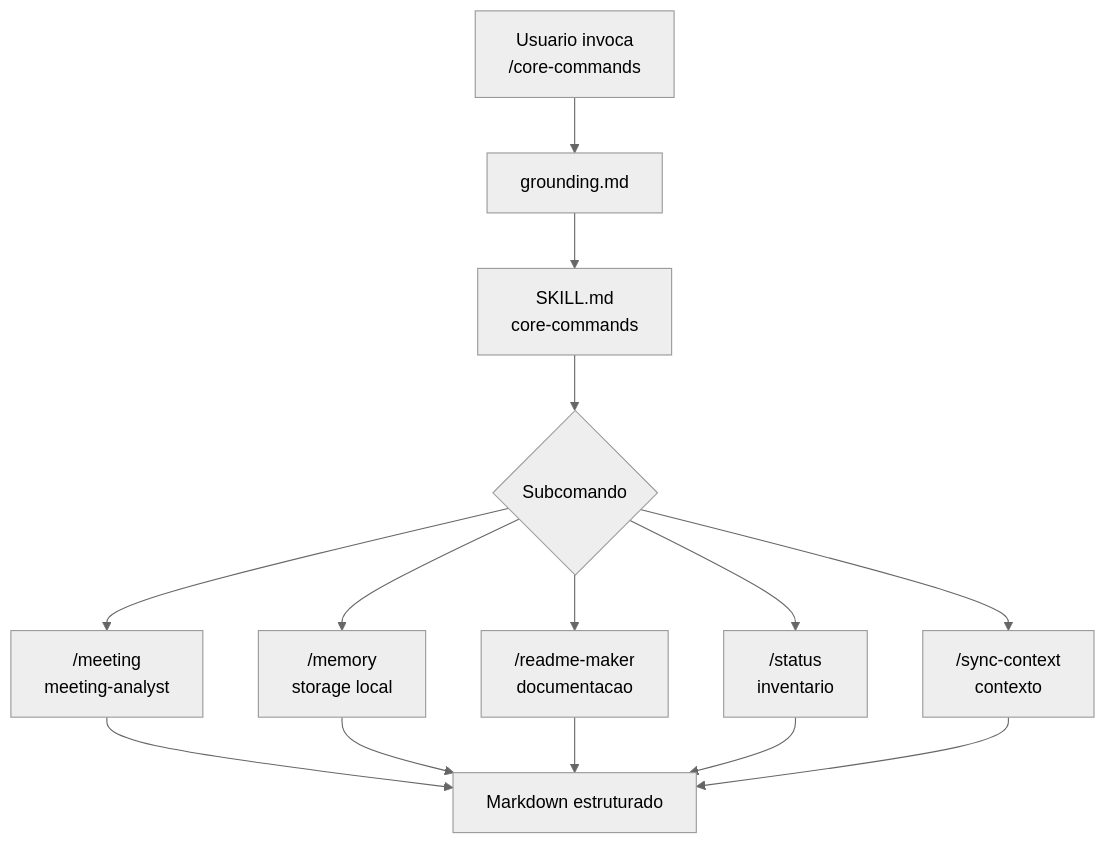
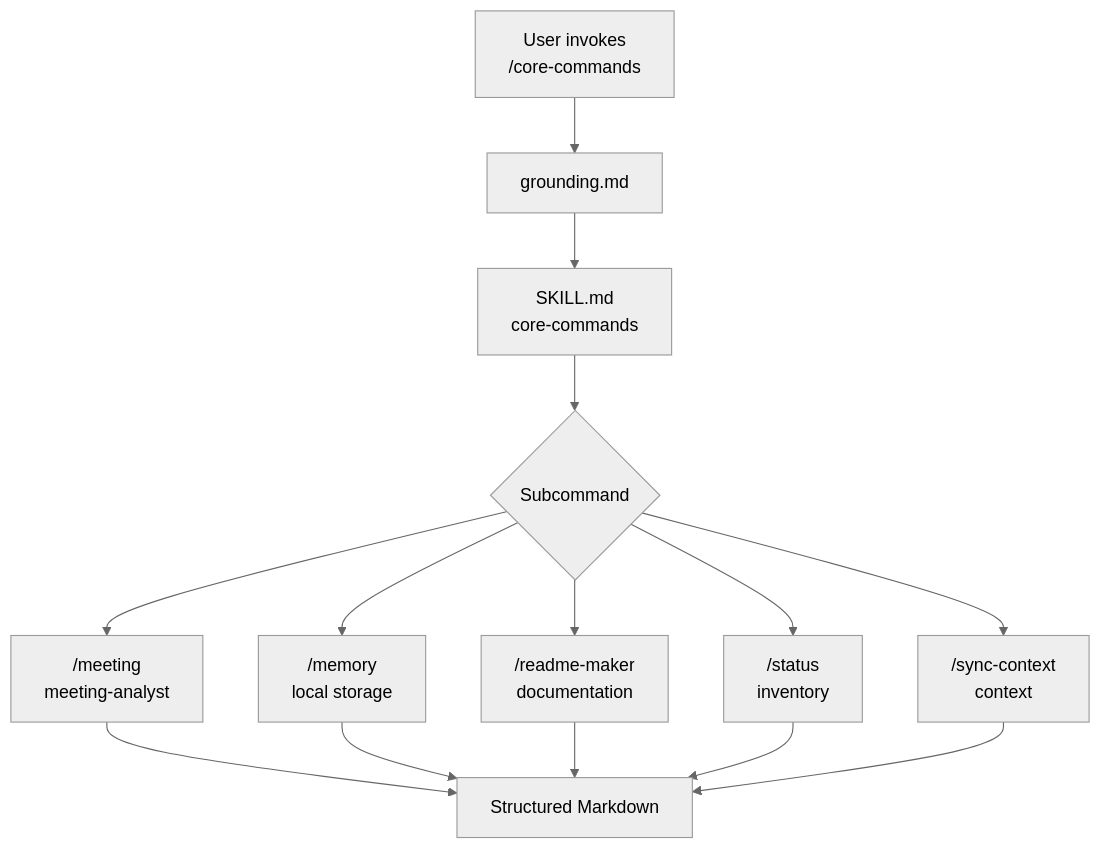
Before and after one commit to Tiao553/sdd-harness-copilot: the diagram in docs/reference/skills/core-commands.md, drawn with Mermaid (neutral theme). The commit also changed other lines of this file and 19 other files, not shown here.

````diff
--- a/docs/reference/skills/core-commands.md
+++ b/docs/reference/skills/core-commands.md
@@ -19,16 +19,16 @@
 ```mermaid
 flowchart TD
-    A["Usuario invoca<br/>/core-commands"] --> B["grounding.md"]
+    A["User invokes<br/>/core-commands"] --> B["grounding.md"]
     B --> C["SKILL.md<br/>core-commands"]
-    C --> D{"Subcomando"}
+    C --> D{"Subcommand"}
     D --> E["/meeting<br/>meeting-analyst"]
-    D --> F["/memory<br/>storage local"]
-    D --> G["/readme-maker<br/>documentacao"]
-    D --> H["/status<br/>inventario"]
-    D --> I["/sync-context<br/>contexto"]
-    E --> J["Markdown estruturado"]
+    D --> F["/memory<br/>local storage"]
+    D --> G["/readme-maker<br/>documentation"]
+    D --> H["/status<br/>inventory"]
+    D --> I["/sync-context<br/>context"]
+    E --> J["Structured Markdown"]
     F --> J
     G --> J
     H --> J
     I --> J
 ```
````
